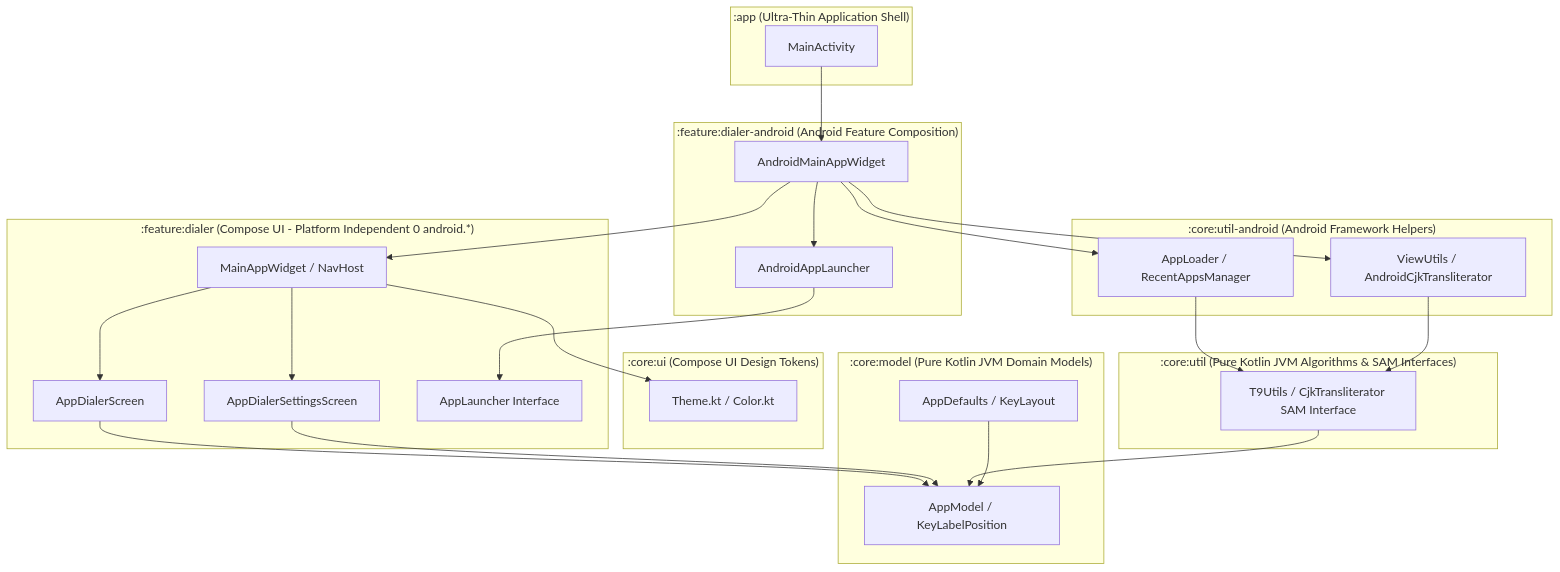
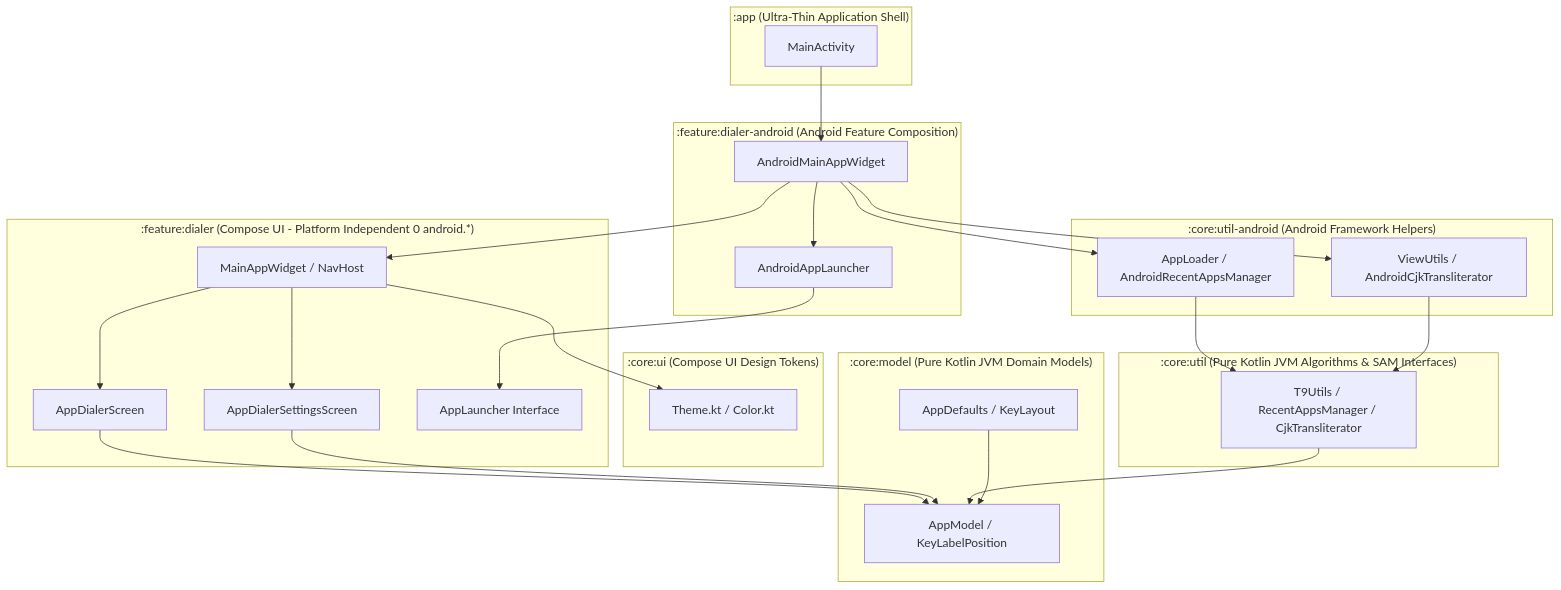
Before and after one commit to yongjhih/app-dialer-app: the diagram in ARCHITECTURE.md, drawn with Mermaid. The commit also changed other lines of this file, not shown here.

Commit message:
docs: Update ARCHITECTURE.md for RecentAppsManager interface DI refactoring

````diff
--- a/ARCHITECTURE.md
+++ b/ARCHITECTURE.md
@@ -15,52 +15,52 @@
 ```mermaid
 graph TD
     subgraph ":app (Ultra-Thin Application Shell)"
         A[MainActivity]
     end
 
     subgraph ":feature:dialer-android (Android Feature Composition)"
         B[AndroidMainAppWidget]
         C[AndroidAppLauncher]
     end
 
     subgraph ":feature:dialer (Compose UI - Platform Independent 0 android.*)"
         D[MainAppWidget / NavHost]
         E[AppDialerScreen]
         F[AppDialerSettingsScreen]
         G[AppLauncher Interface]
     end
 
     subgraph ":core:ui (Compose UI Design Tokens)"
         H[Theme.kt / Color.kt]
     end
 
     subgraph ":core:util-android (Android Framework Helpers)"
-        I[AppLoader / RecentAppsManager]
+        I[AppLoader / AndroidRecentAppsManager]
         J[ViewUtils / AndroidCjkTransliterator]
     end
 
     subgraph ":core:util (Pure Kotlin JVM Algorithms & SAM Interfaces)"
-        K[T9Utils / CjkTransliterator SAM Interface]
+        K[T9Utils / RecentAppsManager / CjkTransliterator]
     end
 
     subgraph ":core:model (Pure Kotlin JVM Domain Models)"
         L[AppModel / KeyLabelPosition]
         M[AppDefaults / KeyLayout]
     end
 
     A --> B
     B --> C
     B --> D
     C --> G
     D --> E
     D --> F
     D --> H
     B --> I
     B --> J
     E --> L
     F --> L
     I --> K
     J --> K
     K --> L
     M --> L
 ```
````
